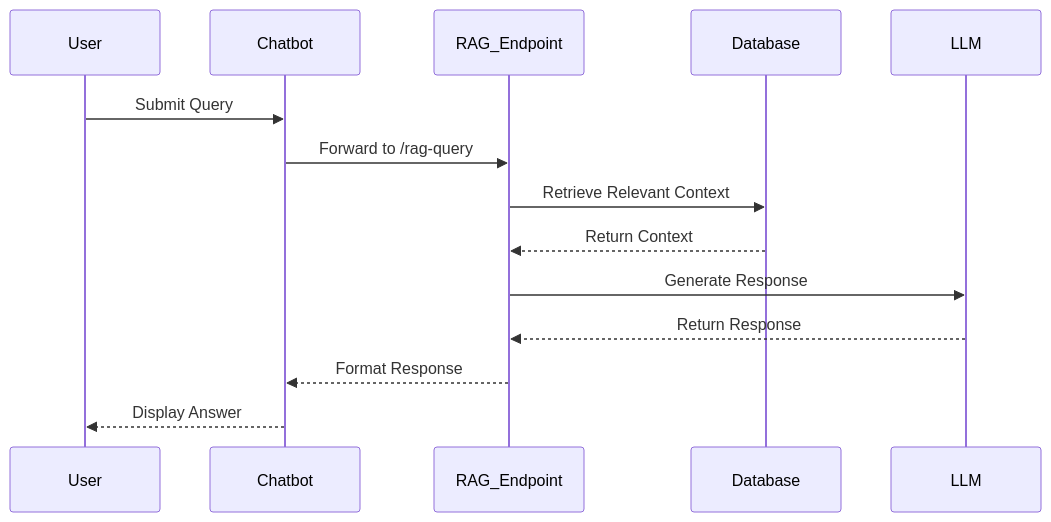
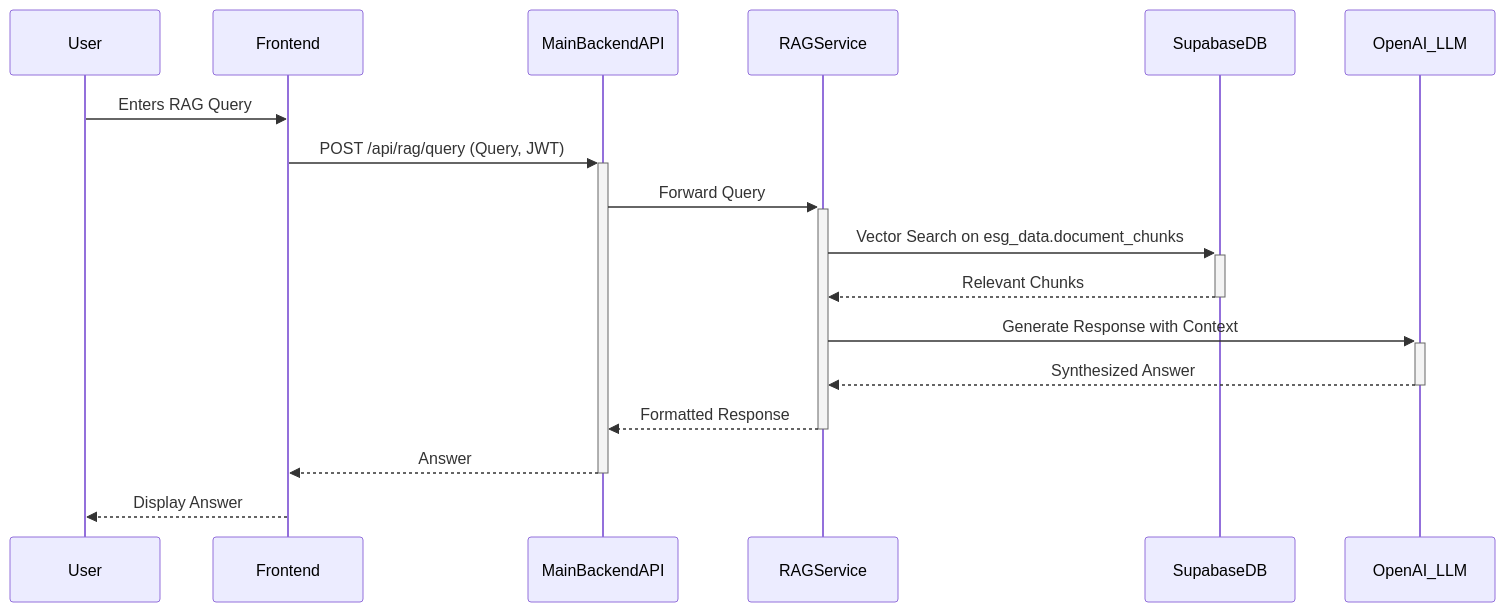
The sixth of 9 diagrams in documentation/app_flow_document.md (VenkateshShivandi/ESG_Reporting), drawn with Mermaid before and after one commit. The commit also changed other lines of this file and 26 other files, not shown here.

````diff
--- a/documentation/app_flow_document.md
+++ b/documentation/app_flow_document.md
@@ -125,11 +173,20 @@
 ```mermaid
 sequenceDiagram
-    User->>Chatbot: Submit Query
-    Chatbot->>RAG_Endpoint: Forward to /rag-query
-    RAG_Endpoint->>Database: Retrieve Relevant Context
-    Database-->>RAG_Endpoint: Return Context
-    RAG_Endpoint->>LLM: Generate Response
-    LLM-->>RAG_Endpoint: Return Response
-    RAG_Endpoint-->>Chatbot: Format Response
-    Chatbot-->>User: Display Answer
+    participant User
+    participant Frontend
+    participant MainBackendAPI
+    participant RAGService
+    participant SupabaseDB
+    participant OpenAI_LLM
+
+    User->>Frontend: Enters RAG Query
+    Frontend->>+MainBackendAPI: POST /api/rag/query (Query, JWT)
+    MainBackendAPI->>+RAGService: Forward Query
+    RAGService->>+SupabaseDB: Vector Search on esg_data.document_chunks
+    SupabaseDB-->>-RAGService: Relevant Chunks
+    RAGService->>+OpenAI_LLM: Generate Response with Context
+    OpenAI_LLM-->>-RAGService: Synthesized Answer
+    RAGService-->>-MainBackendAPI: Formatted Response
+    MainBackendAPI-->>-Frontend: Answer
+    Frontend-->>User: Display Answer
 ```
````
